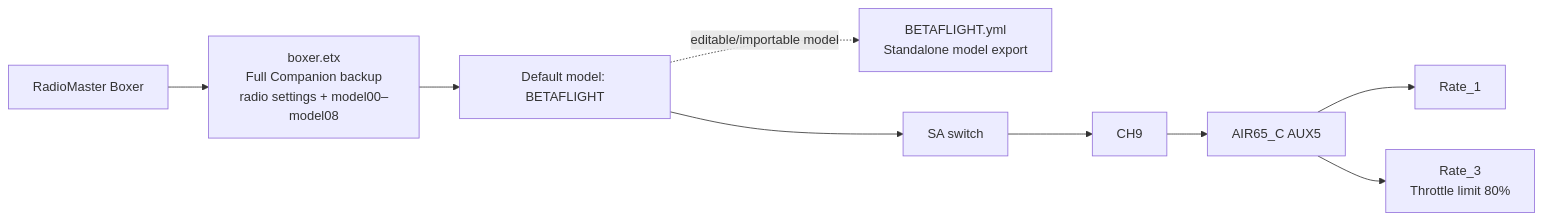
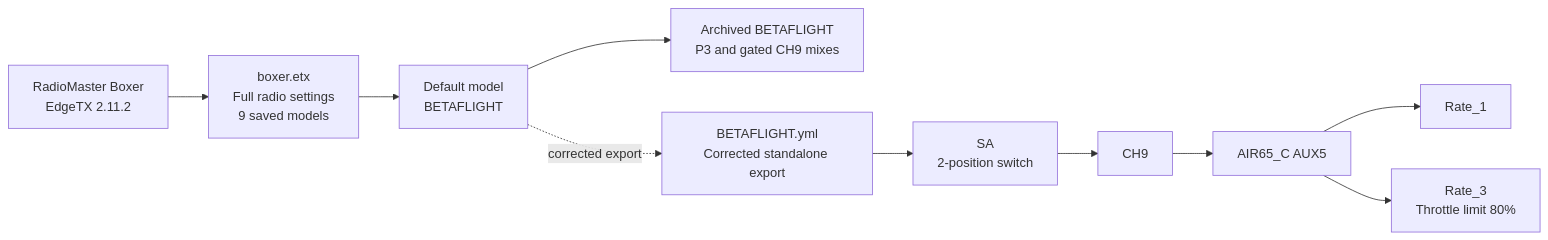
Before and after one commit to irom77/fpv_cli_dumps: the diagram in radio_models/RadioMaster_Boxer/README.md, drawn with Mermaid. The commit also changed other lines of this file and 1 other file, not shown here.

Commit message:
Ignore local Boxer SD scripts

````diff
--- a/radio_models/RadioMaster_Boxer/README.md
+++ b/radio_models/RadioMaster_Boxer/README.md
@@ -18,19 +61,20 @@
 ```mermaid
 flowchart LR
-    radio[RadioMaster Boxer]
-    backup[boxer.etx<br/>Full Companion backup<br/>radio settings + model00–model08]
-    default[Default model: BETAFLIGHT]
-    export[BETAFLIGHT.yml<br/>Standalone model export]
-    switch[SA switch]
-    ch[CH9]
-    aux[AIR65_C AUX5]
-    rate1[Rate_1]
-    rate3[Rate_3<br/>Throttle limit 80%]
+    boxer[RadioMaster Boxer<br/>EdgeTX 2.11.2]
+    settings[boxer.etx<br/>Full radio settings<br/>9 saved models]
+    active[Default model<br/>BETAFLIGHT]
+    original[Archived BETAFLIGHT<br/>P3 and gated CH9 mixes]
+    corrected[BETAFLIGHT.yml<br/>Corrected standalone export]
+    sa[SA<br/>2-position switch]
+    ch9[CH9]
+    aux5[AIR65_C AUX5]
+    r1[Rate_1]
+    r3[Rate_3<br/>Throttle limit 80%]
 
-    radio --> backup
-    backup --> default
-    default -. editable/importable model .-> export
-    default --> switch --> ch --> aux
-    aux --> rate1
-    aux --> rate3
+    boxer --> settings --> active
+    active --> original
+    active -. corrected export .-> corrected
+    corrected --> sa --> ch9 --> aux5
+    aux5 --> r1
+    aux5 --> r3
 ```
````
